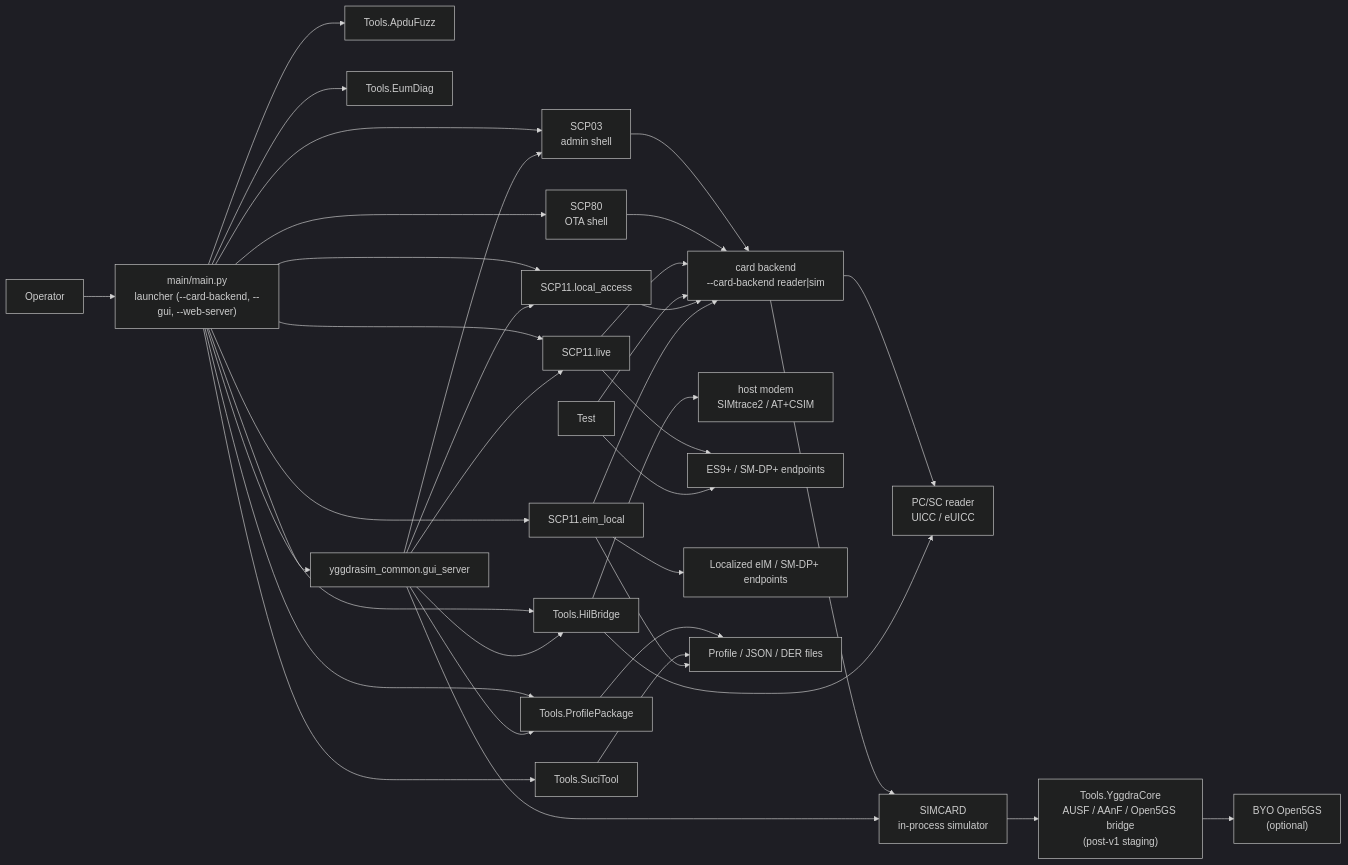
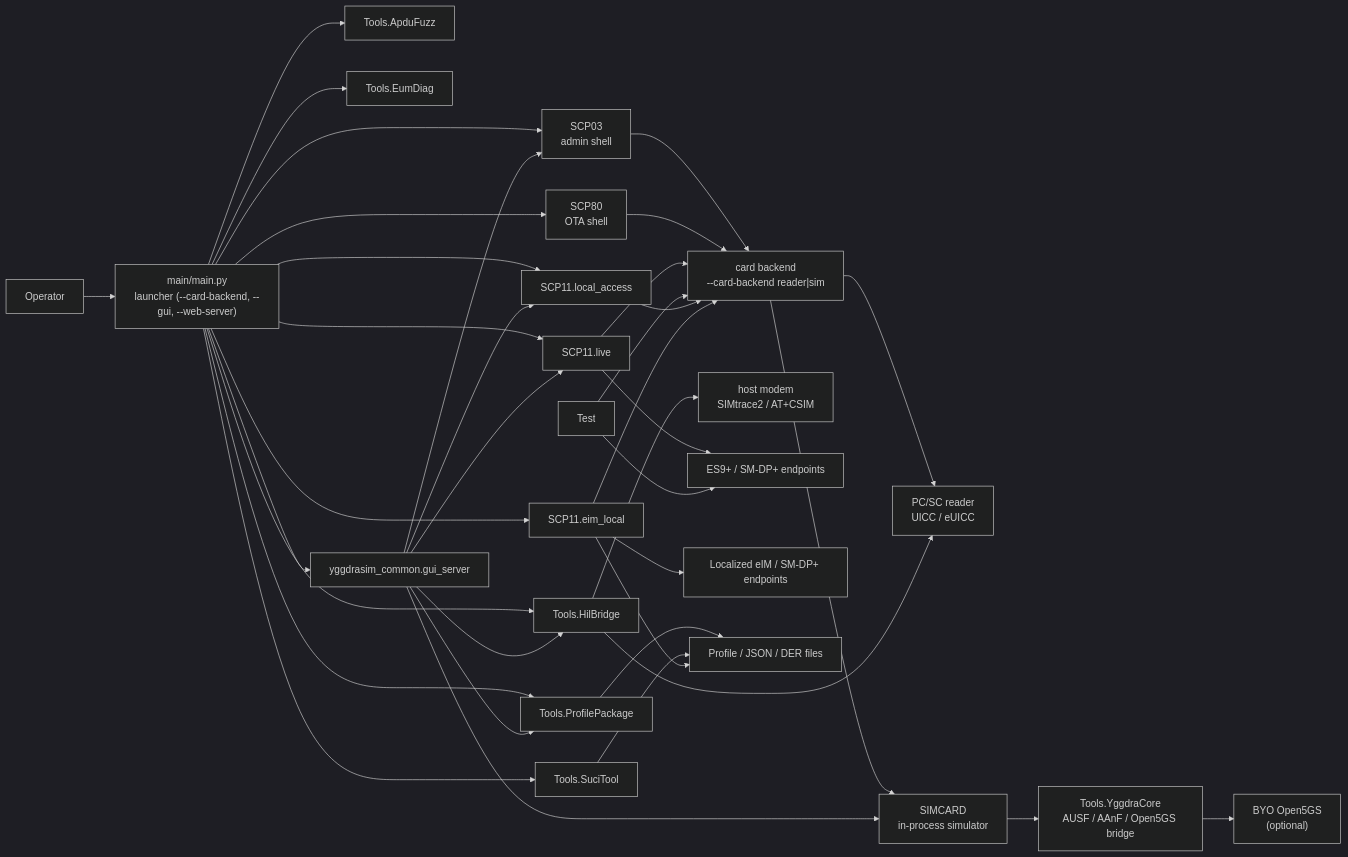
One commit to 1oT/YggdraSIM changed the first of 12 diagrams in guides/ARCHITECTURE.md. Above: the diagram before and after it, drawn with Mermaid (dark theme). The commit also changed other lines of this file and 965 other files, not shown here.

First line of the commit message:
Release YggdraSIM v2.1.0

````diff
--- a/guides/ARCHITECTURE.md
+++ b/guides/ARCHITECTURE.md
@@ -36,47 +36,47 @@
 ```mermaid
 flowchart LR
     Operator["Operator"] --> Launcher["main/main.py<br/>launcher (--card-backend, --gui, --web-server)"]
 
     Launcher --> SCP03["SCP03<br/>admin shell"]
     Launcher --> SCP80["SCP80<br/>OTA shell"]
     Launcher --> Live["SCP11.live"]
     Launcher --> Local["SCP11.local_access"]
     Launcher --> EimLocal["SCP11.eim_local"]
     Launcher --> ProfileTool["Tools.ProfilePackage"]
     Launcher --> Suci["Tools.SuciTool"]
     Launcher --> Hil["Tools.HilBridge"]
     Launcher --> Fuzz["Tools.ApduFuzz"]
     Launcher --> Eum["Tools.EumDiag"]
     Launcher --> Gui["yggdrasim_common.gui_server"]
 
     SCP03 --> Backend["card backend<br/>--card-backend reader|sim"]
     SCP80 --> Backend
     Live --> Backend
     Test --> Backend
     Local --> Backend
     EimLocal --> Backend
 
     Backend --> Card["PC/SC reader<br/>UICC / eUICC"]
     Backend --> Sim["SIMCARD<br/>in-process simulator"]
 
     Hil --> Card
     Hil --> Modem["host modem<br/>SIMtrace2 / AT+CSIM"]
 
     Live --> Network["ES9+ / SM-DP+ endpoints"]
     Test --> Network
     EimLocal --> LocalServices["Localized eIM / SM-DP+ endpoints"]
 
-    Sim --> YggdraCore["Tools.YggdraCore<br/>AUSF / AAnF / Open5GS bridge<br/>(post-v1 staging)"]
+    Sim --> YggdraCore["Tools.YggdraCore<br/>AUSF / AAnF / Open5GS bridge"]
     YggdraCore --> Open5gs["BYO Open5GS<br/>(optional)"]
 
     ProfileTool --> Files["Profile / JSON / DER files"]
     Suci --> Files
     EimLocal --> Files
 
     Gui --> SCP03
     Gui --> Live
     Gui --> Local
     Gui --> ProfileTool
     Gui --> Sim
     Gui --> Hil
 ```
````
